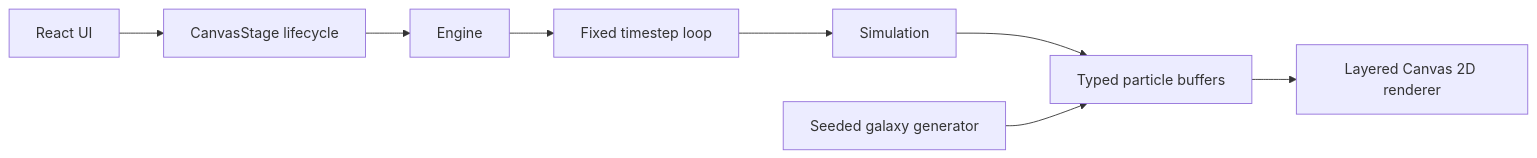
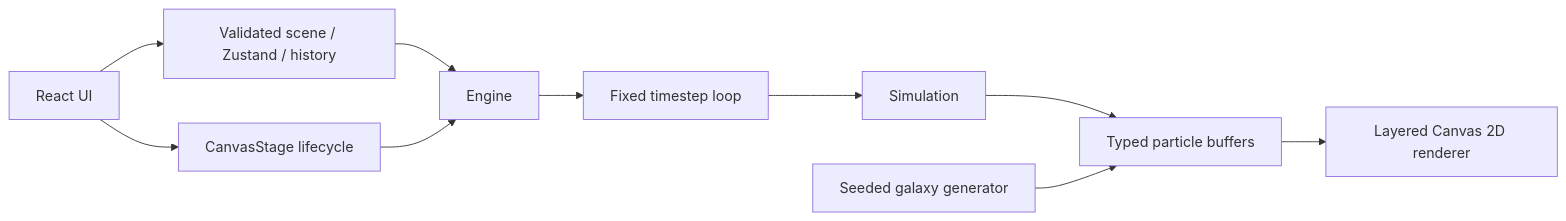
Before and after one commit to Mr-Ankitpandey/Particle-Universe: the diagram in README.md, drawn with Mermaid. The commit also changed other lines of this file and 109 other files, not shown here.

Commit message:
feat(scene): add presets live settings history and adaptive quality checkpoint

````diff
--- a/README.md
+++ b/README.md
@@ -33,10 +33,12 @@
 ```mermaid
 flowchart LR
  React[React UI] --> Stage[CanvasStage lifecycle]
+ React --> Store[Validated scene / Zustand / history]
+ Store --> Engine
  Stage --> Engine
  Engine --> Loop[Fixed timestep loop]
  Loop --> Simulation
  Simulation --> Buffers[Typed particle buffers]
  Buffers --> Renderer[Layered Canvas 2D renderer]
  RNG[Seeded galaxy generator] --> Buffers
 ```
````
